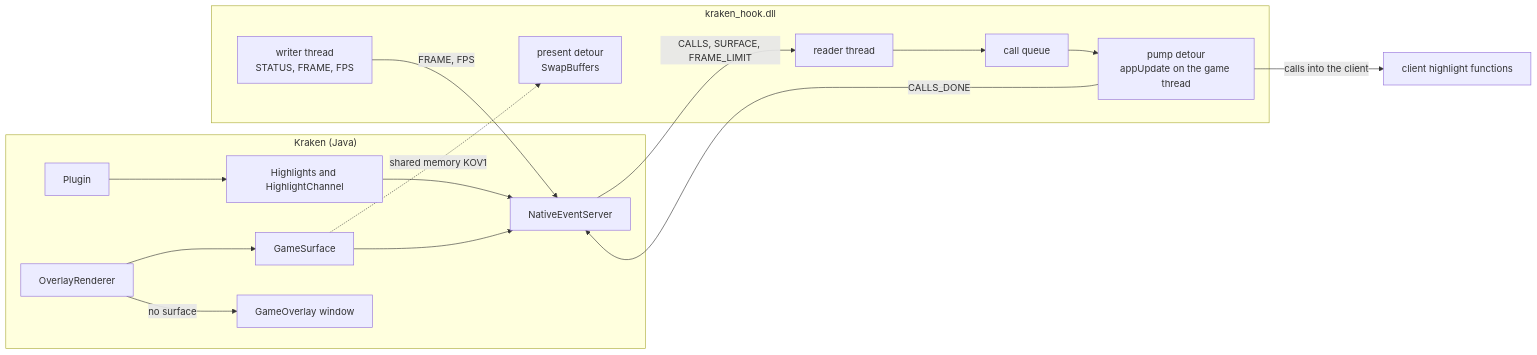
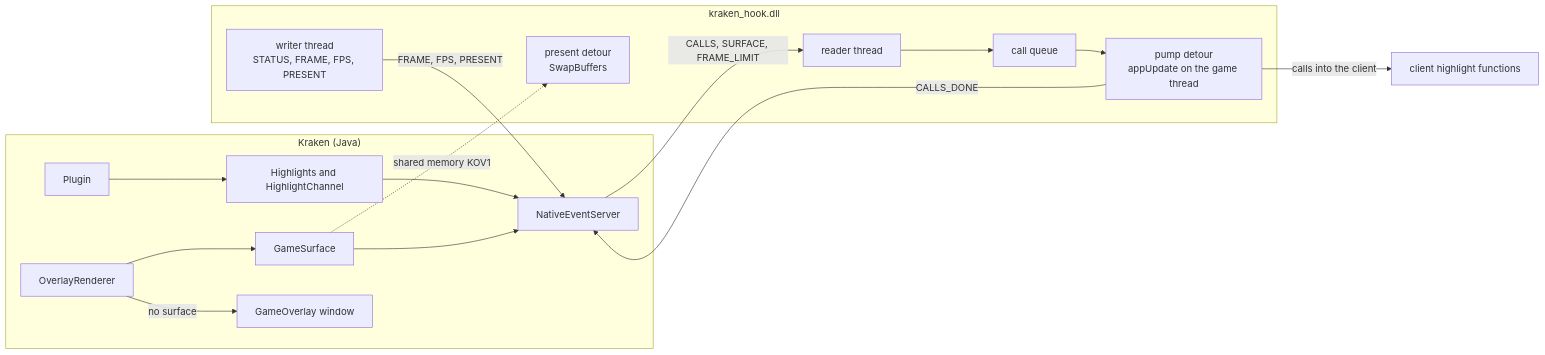
Before and after one commit to Kraken-Plugins/kraken-native: the first of 7 diagrams in docs/developer/in-game-drawing.md, drawn with Mermaid. The commit also changed other lines of this file and 28 other files, not shown here.

````diff
--- a/docs/developer/in-game-drawing.md
+++ b/docs/developer/in-game-drawing.md
@@ -10,21 +10,21 @@
 ```mermaid
 flowchart LR
     subgraph Kraken["Kraken (Java)"]
         plugin["Plugin"] --> hl["Highlights and HighlightChannel"]
         hl --> srv["NativeEventServer"]
         renderer["OverlayRenderer"] --> surface["GameSurface"]
         renderer -->|"no surface"| window["GameOverlay window"]
         surface --> srv
     end
     subgraph DLL["kraken_hook.dll"]
         reader["reader thread"] --> queue["call queue"]
         queue --> pump["pump detour<br/>appUpdate on the game thread"]
         present["present detour<br/>SwapBuffers"]
-        writer["writer thread<br/>STATUS, FRAME, FPS"]
+        writer["writer thread<br/>STATUS, FRAME, FPS, PRESENT"]
     end
     srv -->|"CALLS, SURFACE, FRAME_LIMIT"| reader
     pump -->|"calls into the client"| game["client highlight functions"]
     pump -->|"CALLS_DONE"| srv
     surface -.->|"shared memory KOV1"| present
-    writer -->|"FRAME, FPS"| srv
+    writer -->|"FRAME, FPS, PRESENT"| srv
 ```
````
